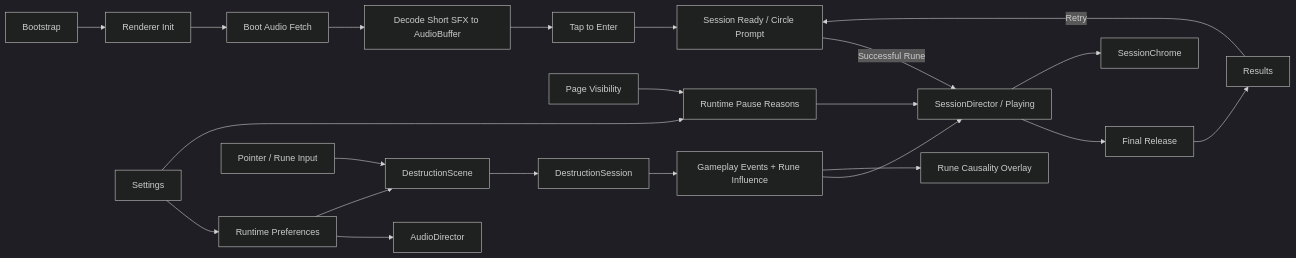
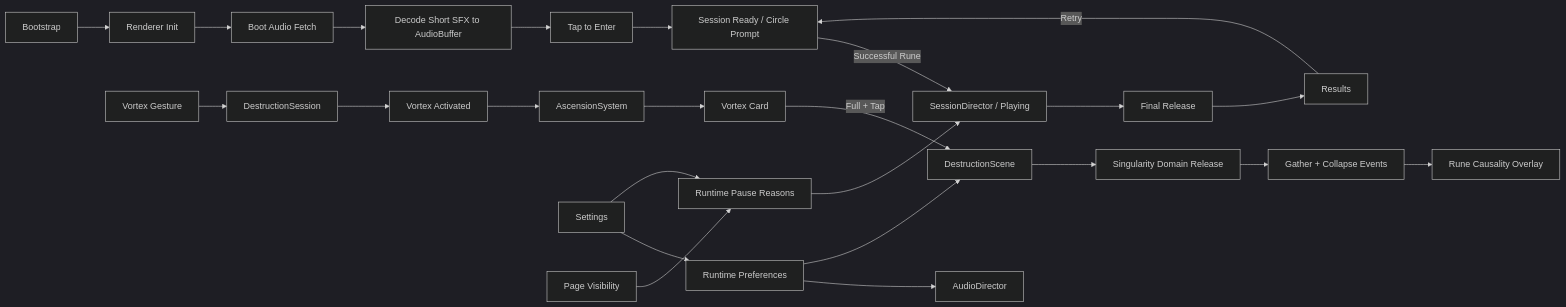
Before and after one commit to zeroLR/2D-game-playground: the diagram in rune-ball/README.md, drawn with Mermaid (dark theme). The commit also changed other lines of this file, not shown here.

Commit message:
docs(rune-ball): move milestone to P7.1

````diff
--- a/rune-ball/README.md
+++ b/rune-ball/README.md
@@ -42,26 +44,28 @@
 ```mermaid
 flowchart LR
   Boot[Bootstrap] --> Renderer[Renderer Init]
   Renderer --> Fetch[Boot Audio Fetch]
   Fetch --> Decode[Decode Short SFX to AudioBuffer]
   Decode --> Enter[Tap to Enter]
   Enter --> Ready[Session Ready / Circle Prompt]
   Ready -->|Successful Rune| Run[SessionDirector / Playing]
   Run --> Final[Final Release]
   Final --> Results[Results]
   Results -->|Retry| Ready
 
+  Gesture[Vortex Gesture] --> Domain[DestructionSession]
+  Domain --> RuneEvent[Vortex Activated]
+  RuneEvent --> Ascension[AscensionSystem]
+  Ascension --> Card[Vortex Card]
+  Card -->|Full + Tap| Scene[DestructionScene]
+  Scene --> Singularity[Singularity Domain Release]
+  Singularity --> Events[Gather + Collapse Events]
+  Events --> Causality[Rune Causality Overlay]
+
   Settings[Settings] --> Prefs[Runtime Preferences]
   Prefs --> Audio[AudioDirector]
-  Prefs --> Scene[DestructionScene]
+  Prefs --> Scene
   Visibility[Page Visibility] --> Pause[Runtime Pause Reasons]
   Settings --> Pause
   Pause --> Run
-
-  Gesture[Pointer / Rune Input] --> Scene
-  Scene --> Domain[DestructionSession]
-  Domain --> Events[Gameplay Events + Rune Influence]
-  Events --> Run
-  Events --> Causality[Rune Causality Overlay]
-  Run --> Chrome[SessionChrome]
 ```
````
